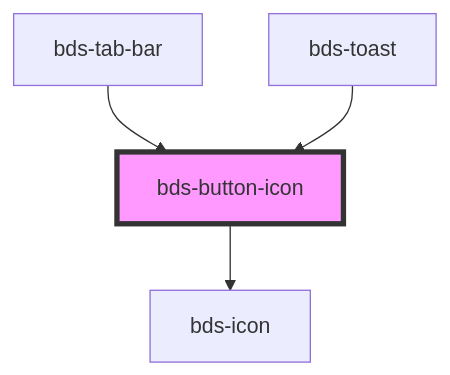
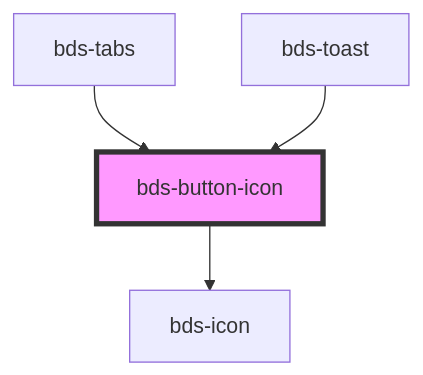
Before and after one commit to takenet/blip-ds: the diagram in src/components/icon-button/readme.md, drawn with Mermaid. The commit also changed other lines of this file and 16 other files, not shown here.

````diff
--- a/src/components/icon-button/readme.md
+++ b/src/components/icon-button/readme.md
@@ -30,7 +30,7 @@
 ```mermaid
 graph TD;
   bds-button-icon --> bds-icon
-  bds-tab-bar --> bds-button-icon
+  bds-tabs --> bds-button-icon
   bds-toast --> bds-button-icon
   style bds-button-icon fill:#f9f,stroke:#333,stroke-width:4px
 ```
````
